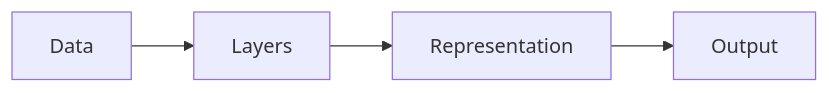
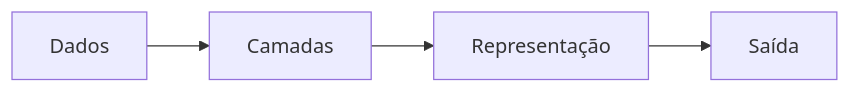
The diagram in i18n/pt-BR/docusaurus-plugin-content-docs/current/fundamentals/deep-learning.md (EmersonBraun/ai-summary-hub), drawn with Mermaid before and after one commit. The commit also changed other lines of this file and 384 other files, not shown here.

````diff
--- a/i18n/pt-BR/docusaurus-plugin-content-docs/current/fundamentals/deep-learning.md
+++ b/i18n/pt-BR/docusaurus-plugin-content-docs/current/fundamentals/deep-learning.md
@@ -17,6 +17,6 @@
 ```mermaid
 flowchart LR
-  Data[Data] --> Layers[Layers]
-  Layers --> Representation[Representation]
-  Representation --> Output[Output]
+  Data[Dados] --> Layers[Camadas]
+  Layers --> Representation[Representação]
+  Representation --> Output[Saída]
 ```
````
